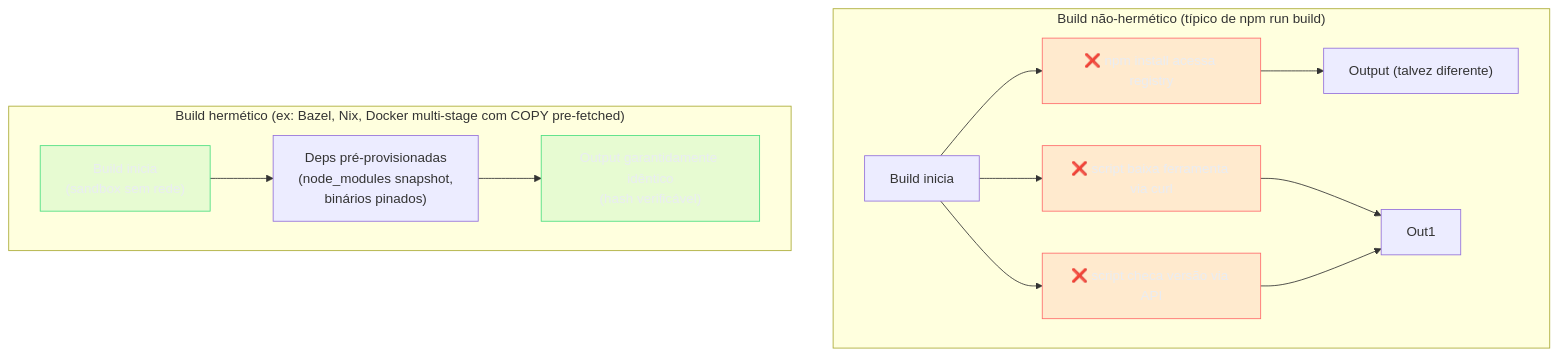
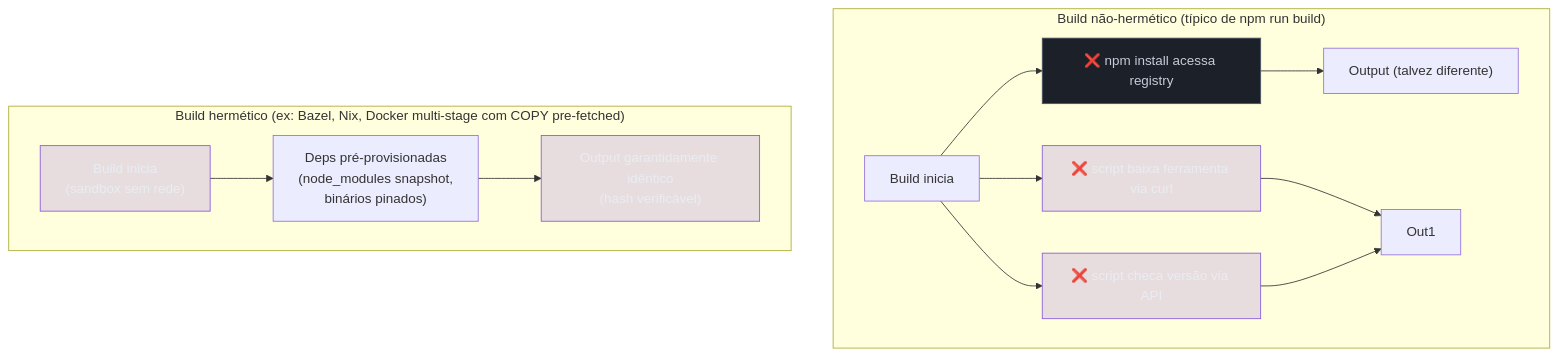
Before and after one commit to josenaldo/codex-technomanticus: the fourth of 5 diagrams in 03-Dominios/Tecnologia/Tooling e Build/23 - Build em produção, CI e determinismo.md, drawn with Mermaid. The commit also changed other lines of this file and 601 other files, not shown here.

````diff
--- a/03-Dominios/Tecnologia/Tooling e Build/23 - Build em produção, CI e determinismo.md
+++ b/03-Dominios/Tecnologia/Tooling e Build/23 - Build em produção, CI e determinismo.md
@@ -449,24 +450,24 @@
 ```mermaid
 graph TD
-    classDef falha fill:#FF6B6B24,stroke:#FF6B6B,color:#E9ECF2
-    classDef ok fill:#4ADE8021,stroke:#4ADE80,color:#E9ECF2
+    classDef marca fill:#8855DF33,stroke:#8855DF,color:#E9ECF2
+    classDef neutro fill:#1B2029,stroke:#4E5666,color:#C6CCD8
     subgraph "Build não-hermético (típico de npm run build)"
         NB["Build inicia"] --> NPM_REG["❌ npm install acessa registry"]
         NB --> CURL_TOOL["❌ script baixa ferramenta via curl"]
         NB --> API["❌ script checa versão via API"]
         NPM_REG --> OUT1["Output (talvez diferente)"]
         CURL_TOOL --> Out1
         API --> Out1
     end
 
     subgraph "Build hermético (ex: Bazel, Nix, Docker multi-stage com COPY pre-fetched)"
         HB["Build inicia\n(sandbox sem rede)"] --> PRE["Deps pré-provisionadas\n(node_modules snapshot,\nbinários pinados)"]
         PRE --> OUT2["Output garantidamente idêntico\n(hash verificável)"]
     end
 
-    class NPM_REG falha
-    class CURL_TOOL falha
-    class API falha
-    class HB ok
-    class OUT2 ok
+    class NPM_REG neutro
+    class CURL_TOOL marca
+    class API marca
+    class HB marca
+    class OUT2 marca
 ```
````
